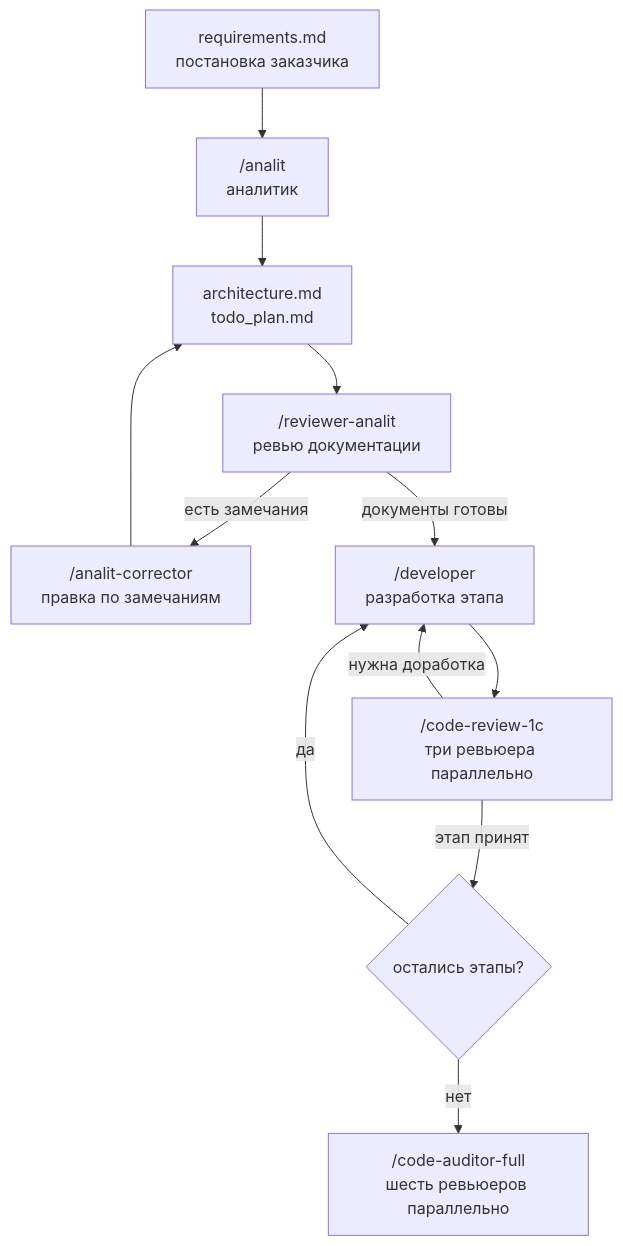
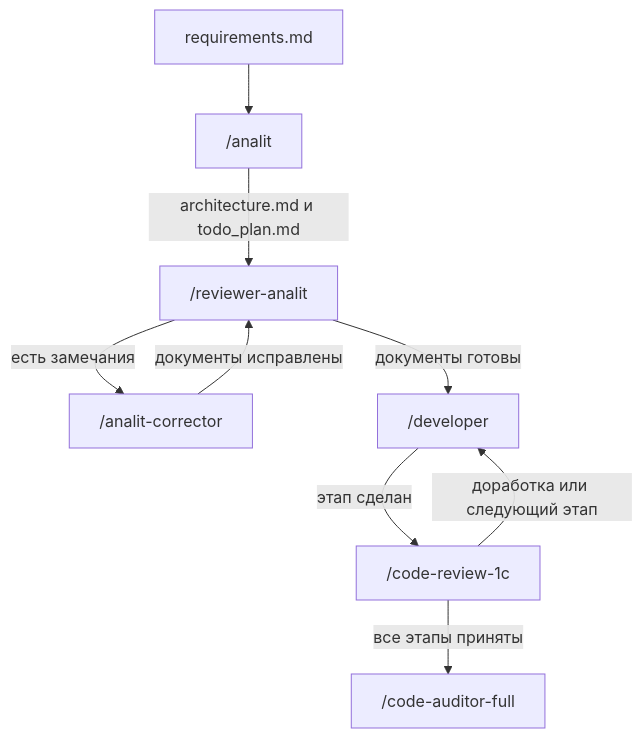
The diagram in README.md (stasganiev/1c_vibecoding_agents), drawn with Mermaid before and after one commit.

Commit message:
README: схема короче, в узлах только имена команд

````diff
--- a/README.md
+++ b/README.md
@@ -9,14 +9,11 @@
 ```mermaid
 flowchart TD
-    REQ["requirements.md<br>постановка заказчика"] --> AN["/analit<br>аналитик"]
-    AN --> DOCS["architecture.md<br>todo_plan.md"]
-    DOCS --> RA["/reviewer-analit<br>ревью документации"]
-    RA -- "есть замечания" --> AC["/analit-corrector<br>правка по замечаниям"]
-    AC --> DOCS
-    RA -- "документы готовы" --> DEV["/developer<br>разработка этапа"]
-    DEV --> CR["/code-review-1c<br>три ревьюера параллельно"]
-    CR -- "нужна доработка" --> DEV
-    CR -- "этап принят" --> NEXT{"остались этапы?"}
-    NEXT -- "да" --> DEV
-    NEXT -- "нет" --> AUDIT["/code-auditor-full<br>шесть ревьюеров параллельно"]
+    REQ["requirements.md"] --> AN["/analit"]
+    AN -- "architecture.md и todo_plan.md" --> RA["/reviewer-analit"]
+    RA -- "есть замечания" --> AC["/analit-corrector"]
+    AC -- "документы исправлены" --> RA
+    RA -- "документы готовы" --> DEV["/developer"]
+    DEV -- "этап сделан" --> CR["/code-review-1c"]
+    CR -- "доработка или следующий этап" --> DEV
+    CR -- "все этапы приняты" --> AUDIT["/code-auditor-full"]
 ```
````
